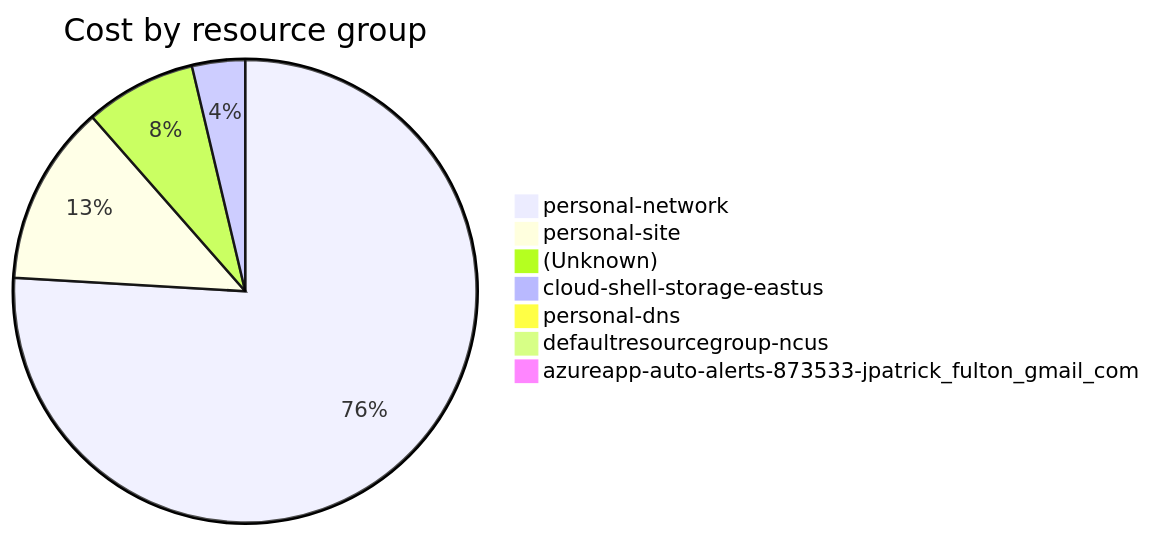
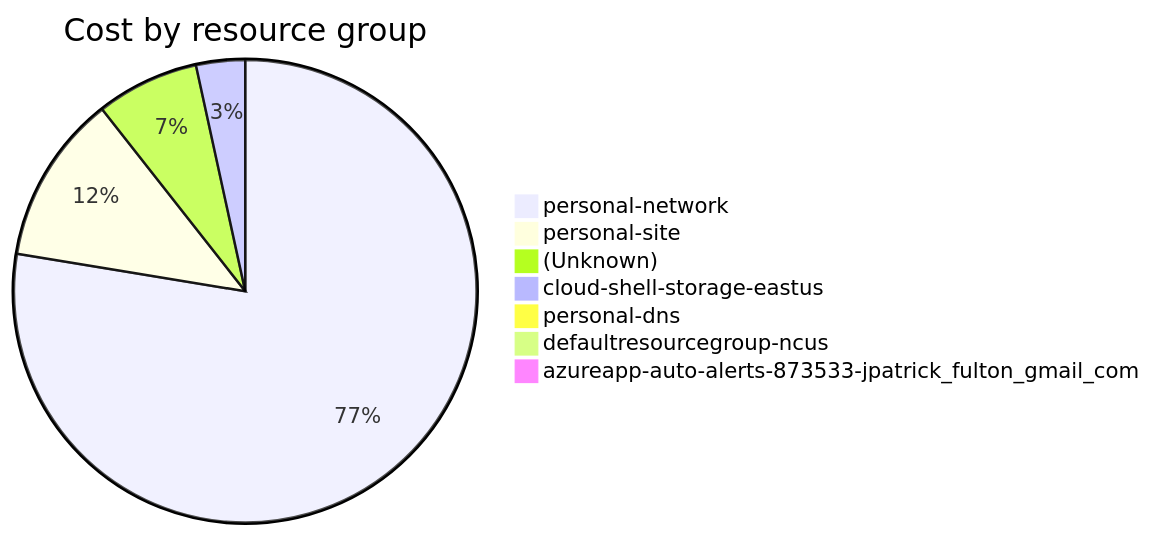
Before and after one commit to jpfulton/azure-personal-reports: the fourth of 4 diagrams in cost-reports/accumulated-cost.md, drawn with Mermaid. The commit also changed other lines of this file and 37 other files, not shown here.

````diff
--- a/cost-reports/accumulated-cost.md
+++ b/cost-reports/accumulated-cost.md
@@ -159,11 +159,11 @@
 ```mermaid
 pie
    title Cost by resource group
-   "personal-network" : 113.33
-   "personal-site" : 18.81
-   "(Unknown)" : 11.59
+   "personal-network" : 125.41
+   "personal-site" : 19.08
+   "(Unknown)" : 11.61
    "cloud-shell-storage-eastus" : 5.53
-   "personal-dns" : 0.44
+   "personal-dns" : 0.46
    "defaultresourcegroup-ncus" : 0.00
    "azureapp-auto-alerts-873533-jpatrick_fulton_gmail_com" : 0.00
 ```
````
